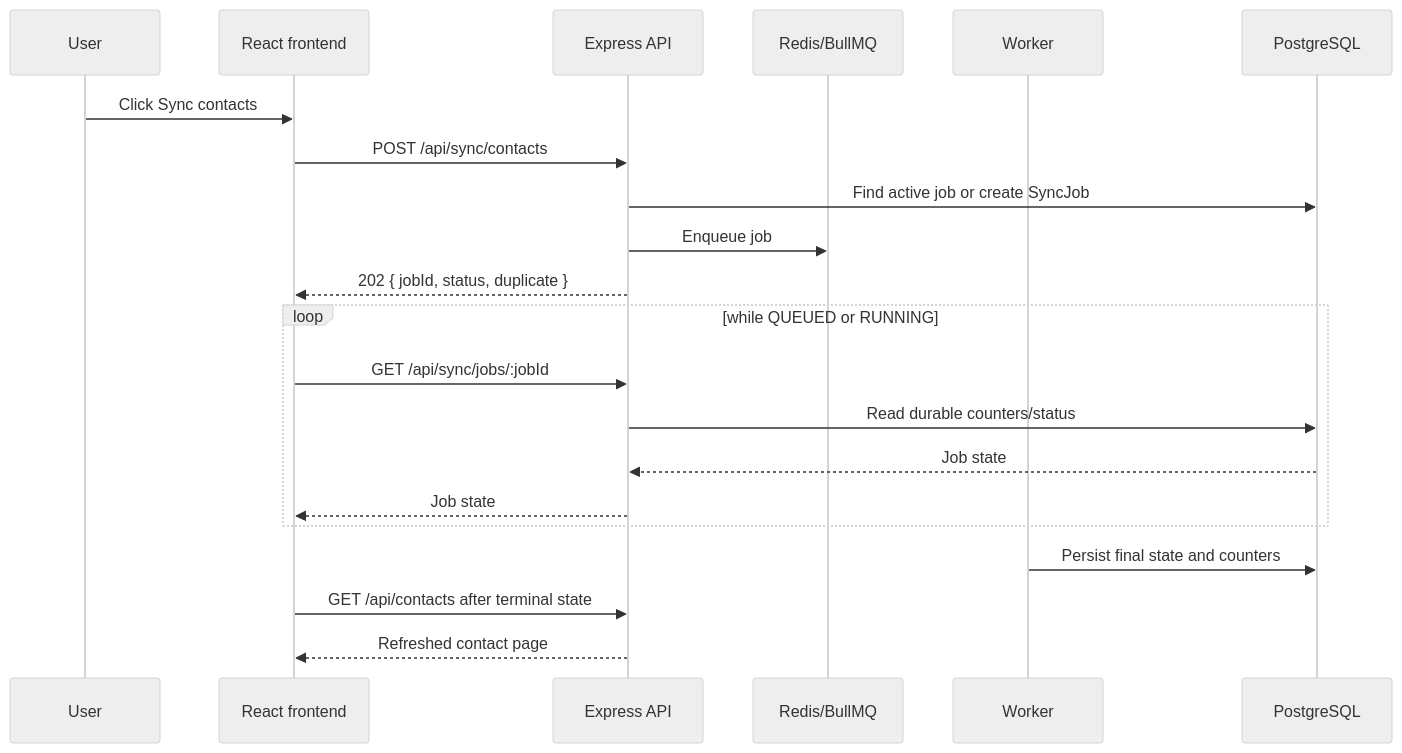
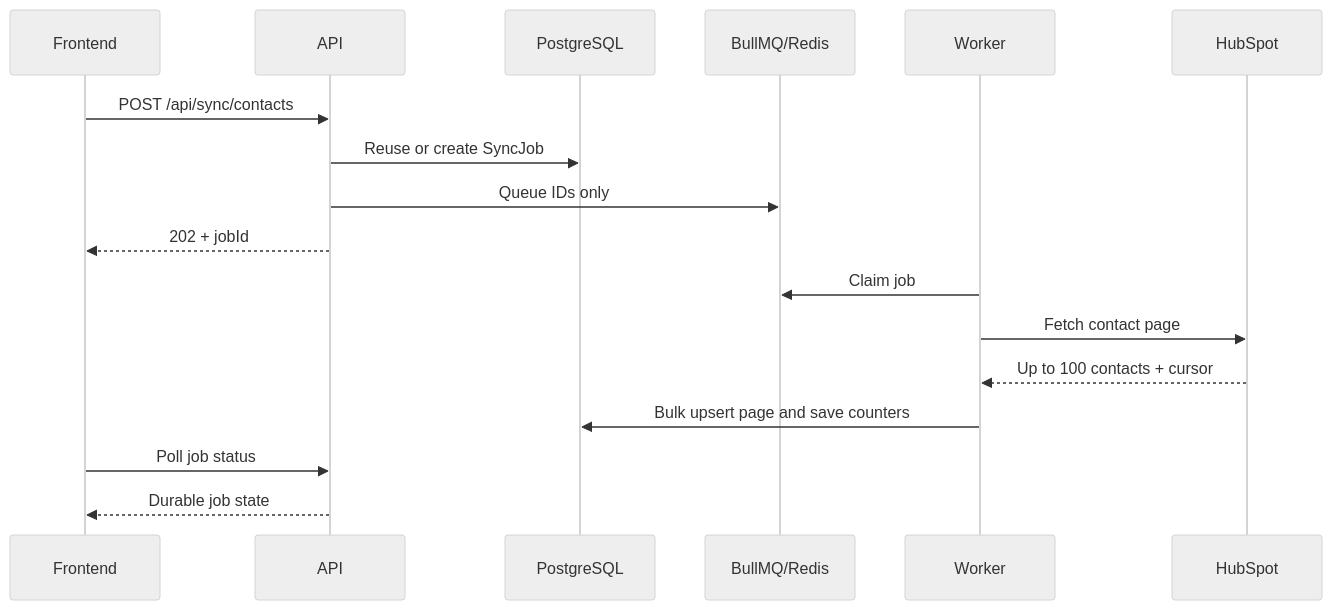
Before and after one commit to ANDEV-afk/hubsync: the second of 2 diagrams in ARCHITECTURE.md, drawn with Mermaid (neutral theme). The commit also changed other lines of this file and 5 other files, not shown here.

````diff
--- a/ARCHITECTURE.md
+++ b/ARCHITECTURE.md
@@ -467,24 +81,20 @@
 ```mermaid
 sequenceDiagram
-    participant U as User
-    participant F as React frontend
-    participant A as Express API
-    participant Q as Redis/BullMQ
+    participant F as Frontend
+    participant A as API
+    participant D as PostgreSQL
+    participant Q as BullMQ/Redis
     participant W as Worker
-    participant D as PostgreSQL
+    participant H as HubSpot
 
-    U->>F: Click Sync contacts
     F->>A: POST /api/sync/contacts
-    A->>D: Find active job or create SyncJob
-    A->>Q: Enqueue job
-    A-->>F: 202 { jobId, status, duplicate }
-    loop while QUEUED or RUNNING
-        F->>A: GET /api/sync/jobs/:jobId
-        A->>D: Read durable counters/status
-        D-->>A: Job state
-        A-->>F: Job state
-    end
-    W->>D: Persist final state and counters
-    F->>A: GET /api/contacts after terminal state
-    A-->>F: Refreshed contact page
+    A->>D: Reuse or create SyncJob
+    A->>Q: Queue IDs only
+    A-->>F: 202 + jobId
+    W->>Q: Claim job
+    W->>H: Fetch contact page
+    H-->>W: Up to 100 contacts + cursor
+    W->>D: Bulk upsert page and save counters
+    F->>A: Poll job status
+    A-->>F: Durable job state
 ```
````
